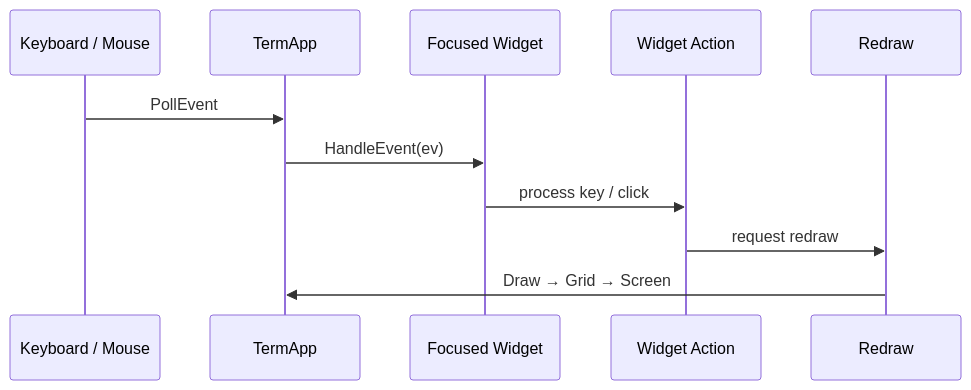
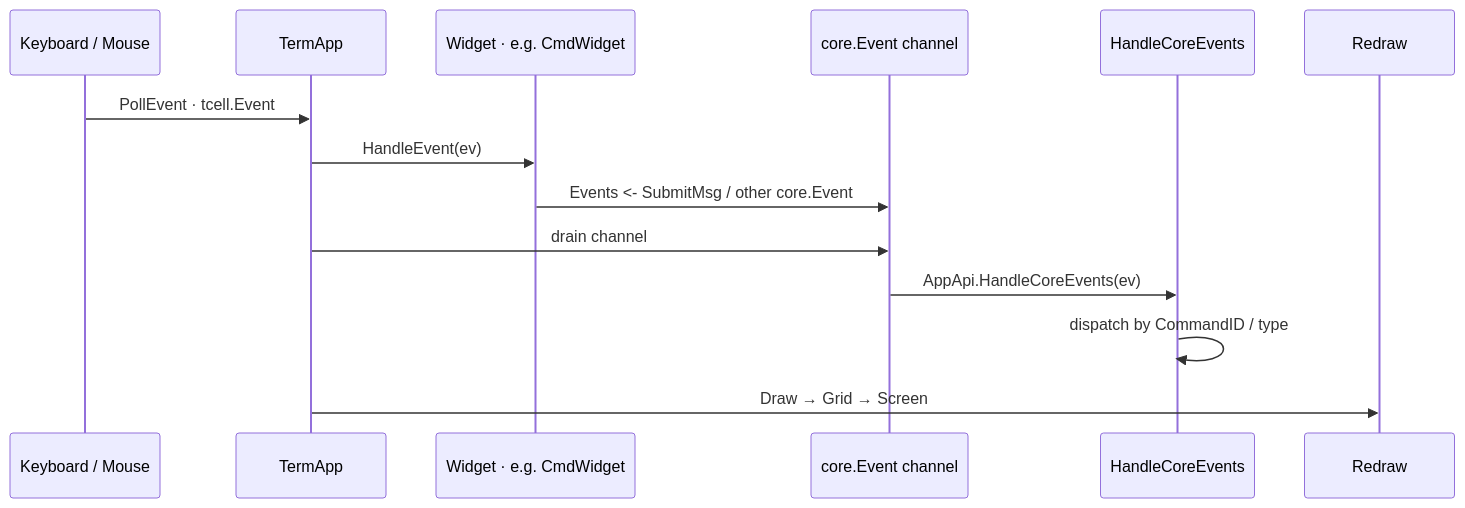
The diagram in docs/diagrams/event_flow.mermaid (yairgd/gdbforge), drawn with Mermaid before and after one commit. The commit also changed 9 other files, not shown here.

```diff
--- a/docs/diagrams/event_flow.mermaid
+++ b/docs/diagrams/event_flow.mermaid
@@ -1,12 +1,15 @@
 sequenceDiagram
     participant Input as Keyboard / Mouse
     participant App as TermApp
-    participant Focus as Focused Widget
-    participant Action as Widget Action
+    participant Widget as Widget · e.g. CmdWidget
+    participant Bus as core.Event channel
+    participant Core as HandleCoreEvents
     participant Render as Redraw
 
-    Input ->> App: PollEvent
-    App ->> Focus: HandleEvent(ev)
-    Focus ->> Action: process key / click
-    Action ->> Render: request redraw
-    Render ->> App: Draw → Grid → Screen
+    Input ->> App: PollEvent · tcell.Event
+    App ->> Widget: HandleEvent(ev)
+    Widget ->> Bus: Events <- SubmitMsg / other core.Event
+    App ->> Bus: drain channel
+    Bus ->> Core: AppApi.HandleCoreEvents(ev)
+    Core ->> Core: dispatch by CommandID / type
+    App ->> Render: Draw → Grid → Screen
```
